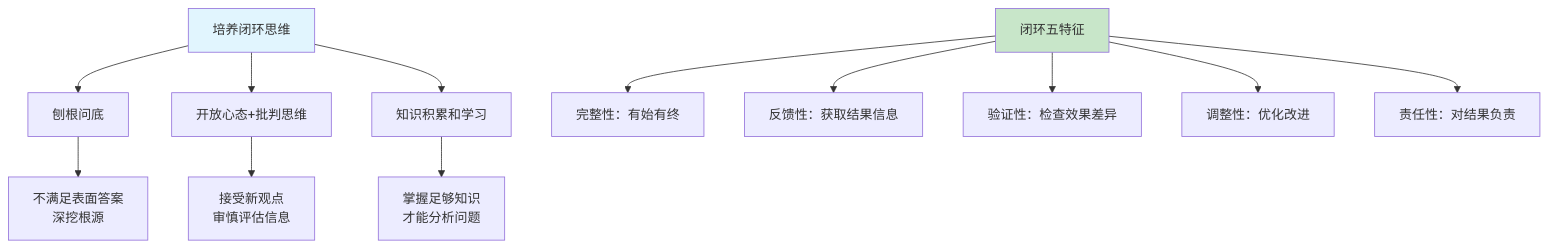
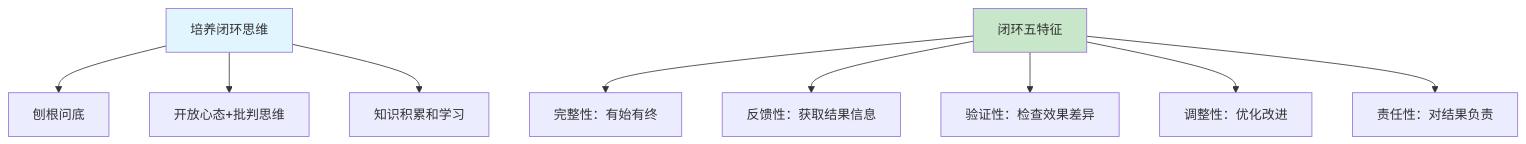
Before and after one commit to chongyang211/YCBookBlog: the fifth of 10 diagrams in 10.打工充平常记录/10.自我精进七课/02.信息筛选和体系/2.4闭环思维的逻辑.md, drawn with Mermaid. The commit also changed other lines of this file and 55 other files, not shown here.

````diff
--- a/10.打工充平常记录/10.自我精进七课/02.信息筛选和体系/2.4闭环思维的逻辑.md
+++ b/10.打工充平常记录/10.自我精进七课/02.信息筛选和体系/2.4闭环思维的逻辑.md
@@ -119,19 +162,15 @@
 ```mermaid
 graph TD
     A[培养闭环思维] --> B[刨根问底]
     A --> C[开放心态+批判思维]
     A --> D[知识积累和学习]
-    
-    B --> B1[不满足表面答案<br/>深挖根源]
-    C --> C1[接受新观点<br/>审慎评估信息]
-    D --> D1[掌握足够知识<br/>才能分析问题]
     
     E[闭环五特征] --> F[完整性：有始有终]
     E --> G[反馈性：获取结果信息]
     E --> H[验证性：检查效果差异]
     E --> I[调整性：优化改进]
     E --> J[责任性：对结果负责]
     
     style A fill:#e1f5fe
     style E fill:#c8e6c9
 ```
````
